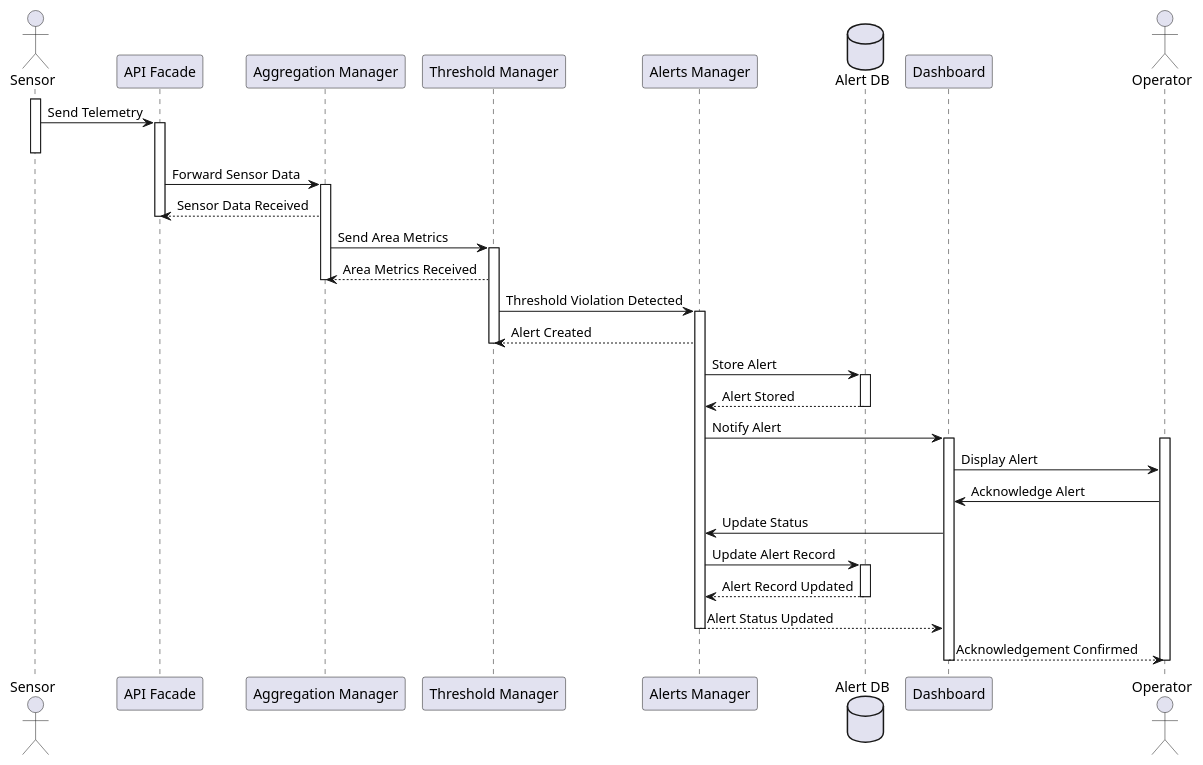
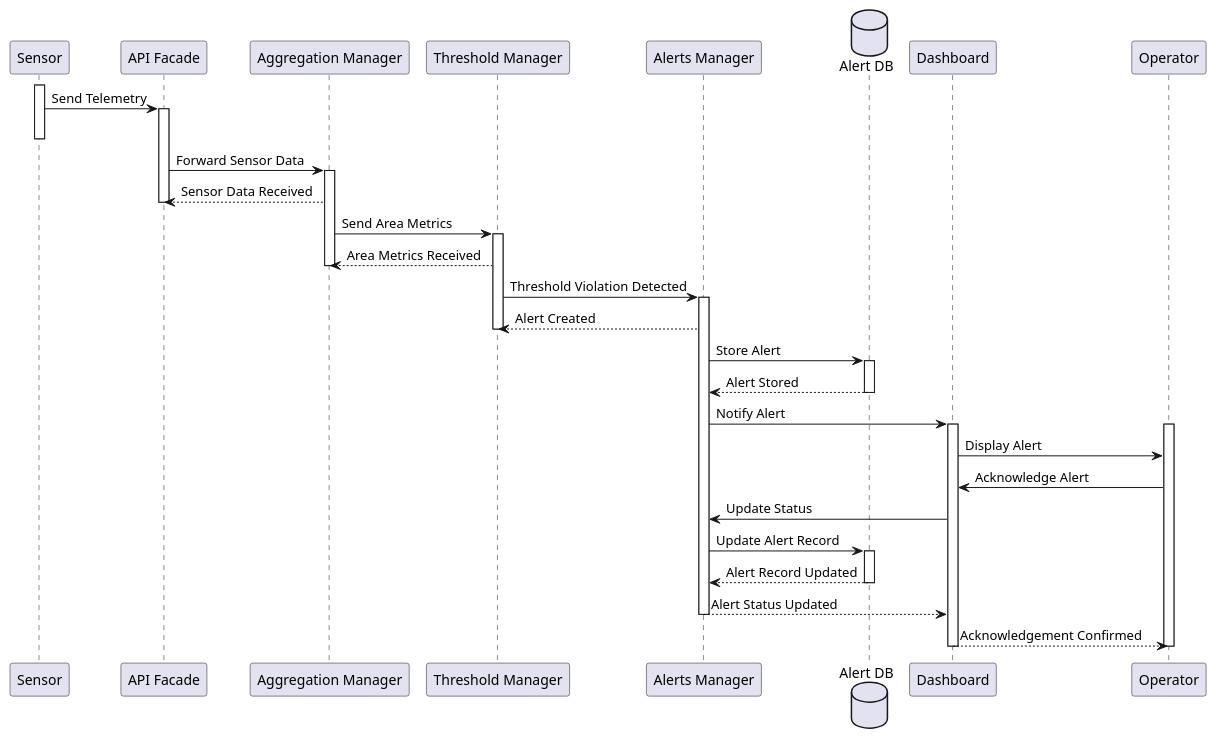
Before and after one commit to harmanpreet-sagar/sfwreng-3a04-group6-t01-scemas: the diagram in docs/diagrams/plantuml/sequence/be3_sequence.puml, drawn with PlantUML.

Commit message:
update actor to participant

```diff
--- a/docs/diagrams/plantuml/sequence/be3_sequence.puml
+++ b/docs/diagrams/plantuml/sequence/be3_sequence.puml
@@ -1,65 +1,65 @@
 @startuml be3_sequence
 
-actor Sensor
+participant Sensor
 
 
 participant "API Facade" as API
 participant "Aggregation Manager" as Agg
 participant "Threshold Manager" as Thresh
 participant "Alerts Manager" as Alerts
 database "Alert DB" as DB
 participant "Dashboard" as Dash
 
-actor Operator
+participant Operator
 
 activate Sensor
 Sensor -> API : Send Telemetry
 activate API
 deactivate Sensor
 
 API -> Agg : Forward Sensor Data
 activate Agg
 
 Agg --> API : Sensor Data Received
 deactivate API
 
 Agg -> Thresh : Send Area Metrics
 activate Thresh
 
 Thresh --> Agg : Area Metrics Received
 deactivate Agg
 
 Thresh -> Alerts : Threshold Violation Detected
 activate Alerts
 
 Alerts --> Thresh : Alert Created
 deactivate Thresh
 
 Alerts -> DB : Store Alert
 activate DB
 DB --> Alerts : Alert Stored
 deactivate DB
 
 Alerts -> Dash : Notify Alert
 activate Dash
 
 activate Operator
 Dash -> Operator : Display Alert
 Operator -> Dash : Acknowledge Alert
 
 Dash -> Alerts : Update Status
 
 Alerts -> DB : Update Alert Record
 
 activate DB
 DB --> Alerts : Alert Record Updated
 deactivate DB
 
 Alerts --> Dash : Alert Status Updated
 deactivate Alerts
 Dash --> Operator : Acknowledgement Confirmed
 deactivate Dash
 
 deactivate Operator
 
 @enduml
```
